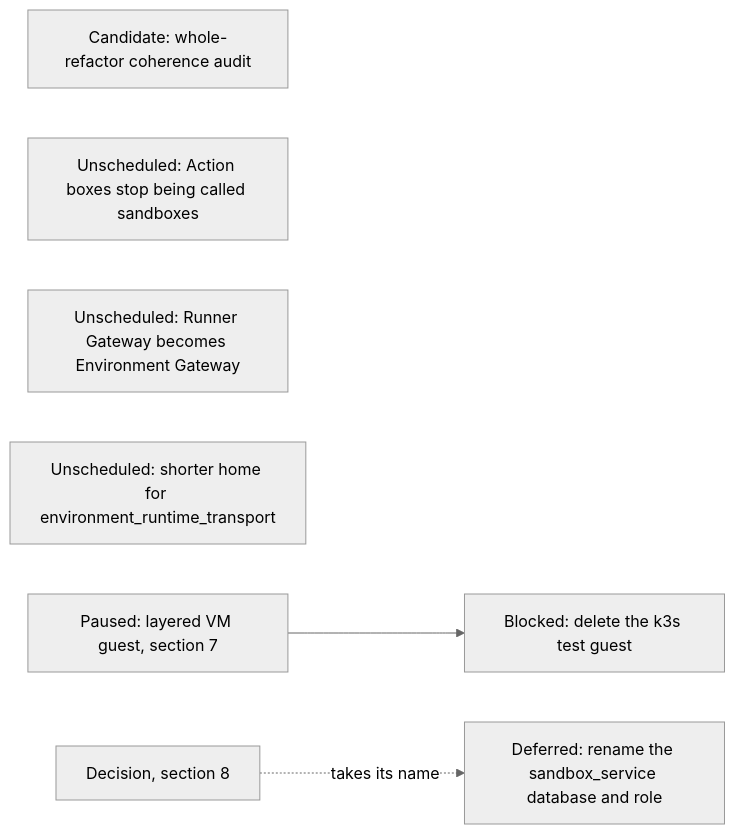
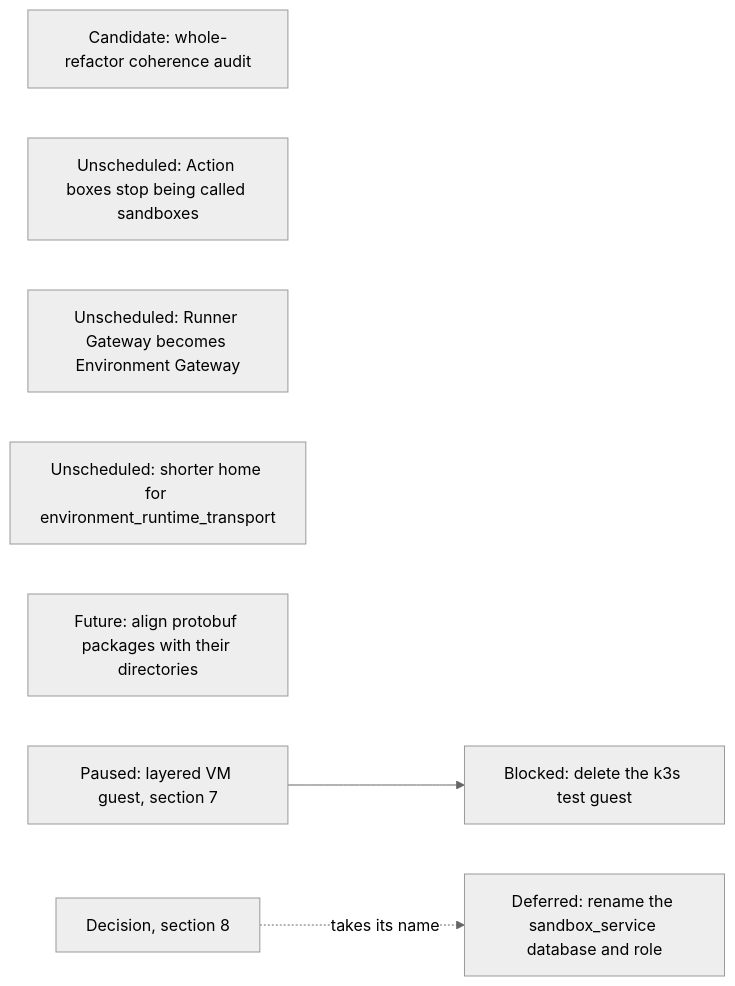
Diagram 17 of 18 in agentplane/plans/task_dag.md (agentydragon/ducktape), drawn with Mermaid (neutral theme) before and after one commit. The commit also changed other lines of this file, not shown here.

Commit message:
Track protobuf package alignment for later

````diff
--- a/agentplane/plans/task_dag.md
+++ b/agentplane/plans/task_dag.md
@@ -3719,9 +3719,10 @@
 ```mermaid
 flowchart LR
     REFACTOR_COHERENCE_AUDIT[Candidate: whole-refactor coherence audit]
     ACTION_BOX_RENAME[Unscheduled: Action boxes stop being called sandboxes]
     RUNNER_GATEWAY_RENAME[Unscheduled: Runner Gateway becomes Environment Gateway]
     TRANSPORT_PACKAGE_RENAME[Unscheduled: shorter home for environment_runtime_transport]
+    PROTO_PACKAGE_ALIGNMENT[Future: align protobuf packages with their directories]
     RUNNER_LAYERING_VM[Paused: layered VM guest, section 7] --> K3S_TEST_GUEST_RETIRE[Blocked: delete the k3s test guest]
     HISTORY_SERVICE_RENAME[Decision, section 8] -. takes its name .-> HISTORY_DATABASE_RENAME[Deferred: rename the sandbox_service database and role]
 ```
````
